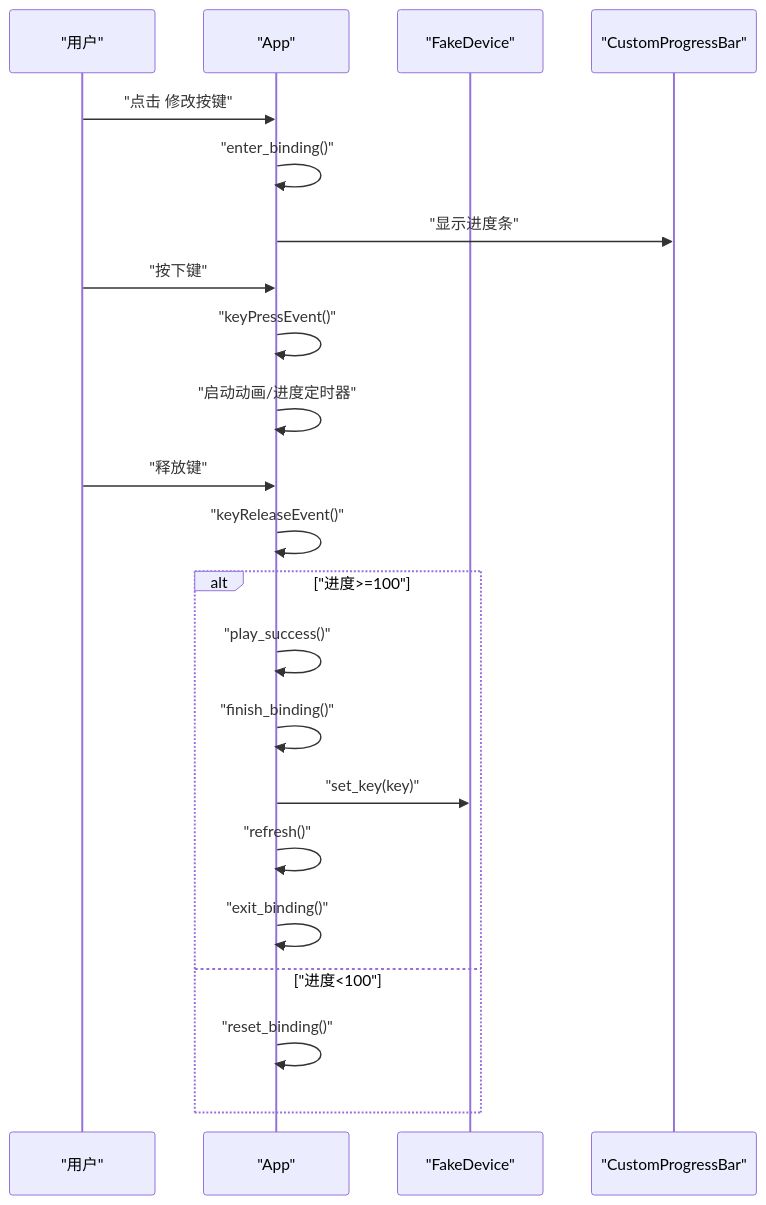
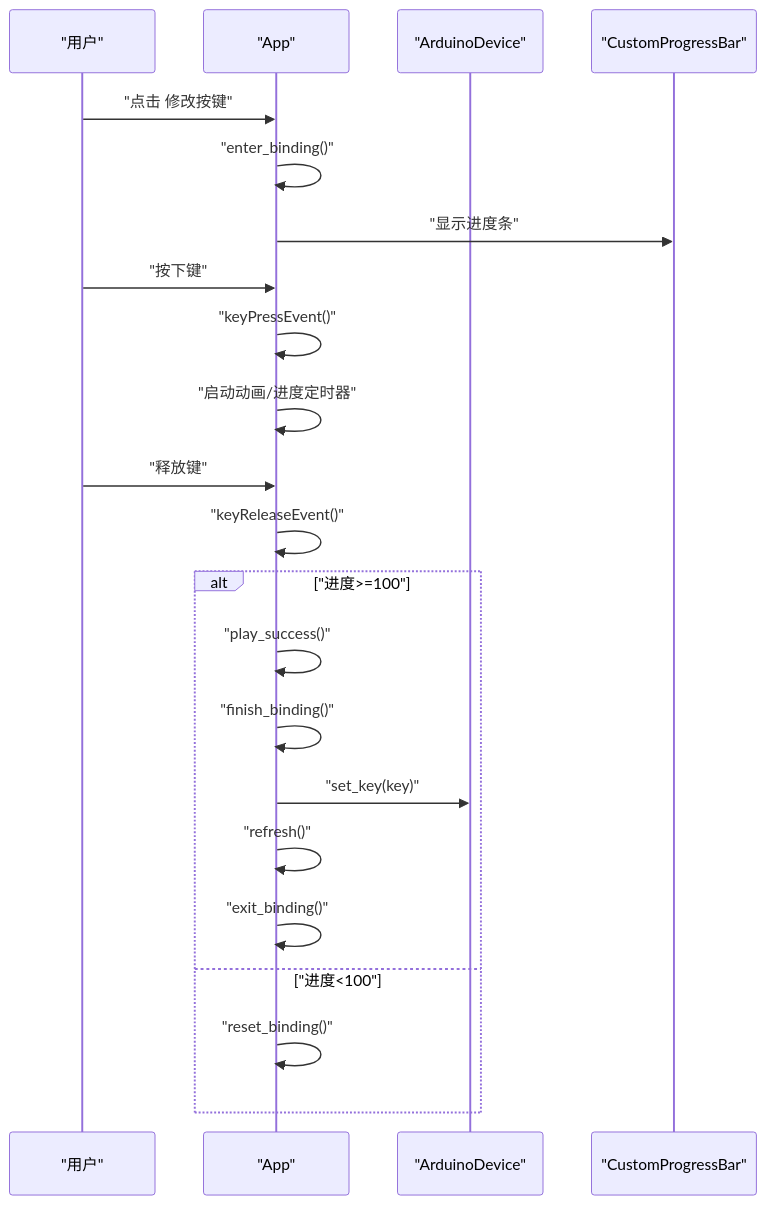
The fifth of 9 diagrams in .qoder/repowiki/zh/content/桌面应用架构/桌面应用架构.md (Hankun-P/wireless-keyboard-toy), drawn with Mermaid before and after one commit. The commit also changed other lines of this file and 11 other files, not shown here.

````diff
--- a/.qoder/repowiki/zh/content/桌面应用架构/桌面应用架构.md
+++ b/.qoder/repowiki/zh/content/桌面应用架构/桌面应用架构.md
@@ -248,24 +265,24 @@
 ```mermaid
 sequenceDiagram
 participant U as "用户"
 participant W as "App"
-participant D as "FakeDevice"
+participant D as "ArduinoDevice"
 participant P as "CustomProgressBar"
 U->>W : "点击 修改按键"
 W->>W : "enter_binding()"
 W->>P : "显示进度条"
 U->>W : "按下键"
 W->>W : "keyPressEvent()"
 W->>W : "启动动画/进度定时器"
 U->>W : "释放键"
 W->>W : "keyReleaseEvent()"
 alt "进度>=100"
 W->>W : "play_success()"
 W->>W : "finish_binding()"
 W->>D : "set_key(key)"
 W->>W : "refresh()"
 W->>W : "exit_binding()"
 else "进度<100"
 W->>W : "reset_binding()"
 end
 ```
````
